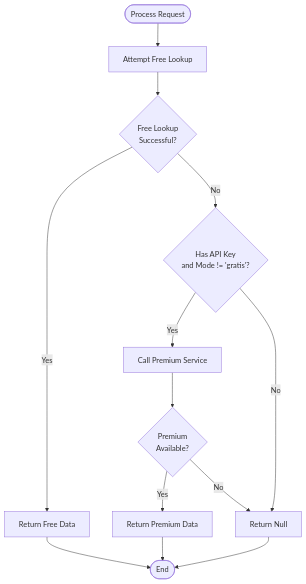
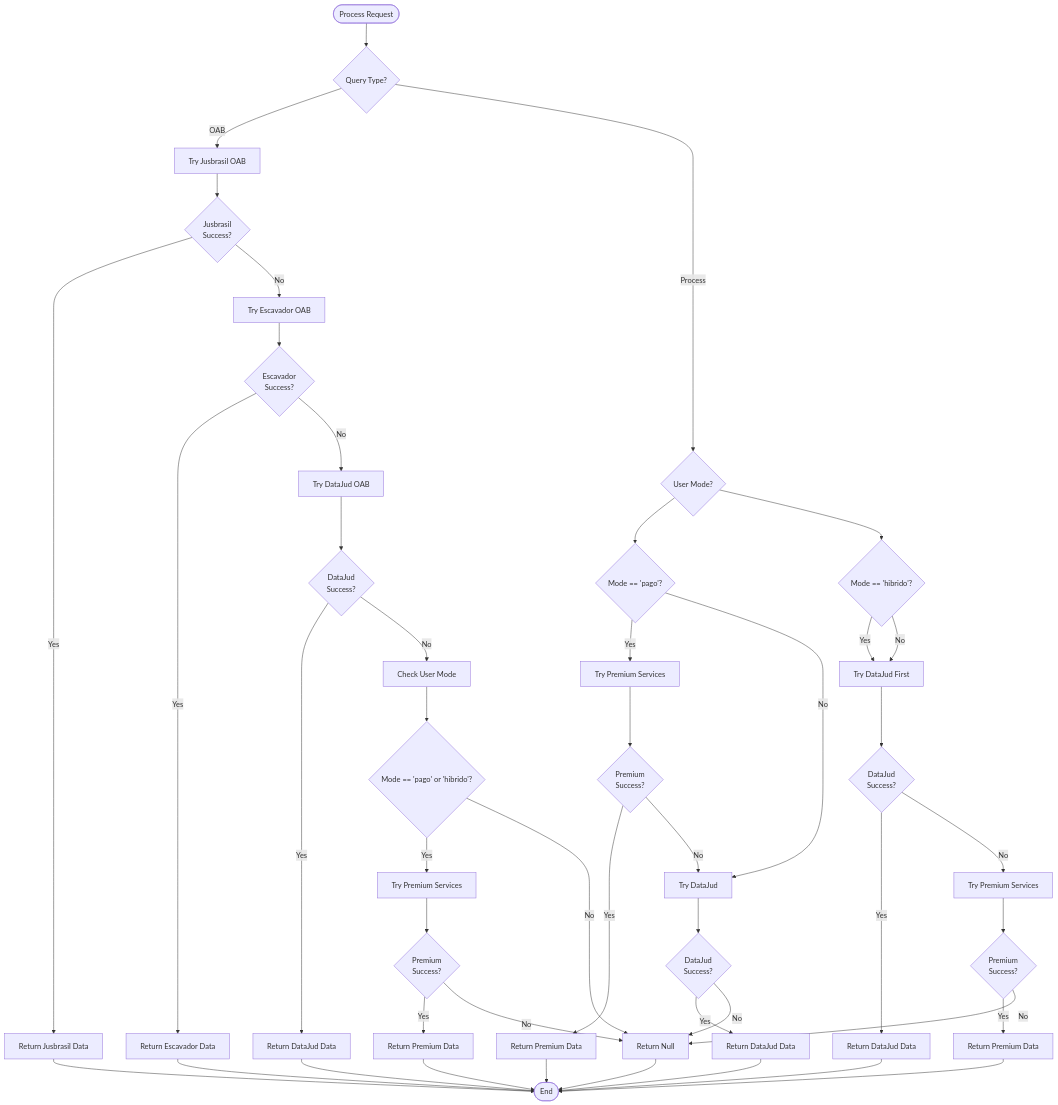
One commit to Alexandrexicara/bot-processos changed the fourth of 19 diagrams in .qoder/repowiki/en/content/API Integration Layer/Premium Paid Service Integration.md. Above: the diagram before and after it, drawn with Mermaid. The commit also changed other lines of this file and 10 other files, not shown here.

````diff
--- a/.qoder/repowiki/en/content/API Integration Layer/Premium Paid Service Integration.md
+++ b/.qoder/repowiki/en/content/API Integration Layer/Premium Paid Service Integration.md
@@ -192,15 +238,48 @@
 ```mermaid
 flowchart TD
-Start([Process Request]) --> CheckFree["Attempt Free Lookup"]
-CheckFree --> FreeSuccess{"Free Lookup<br/>Successful?"}
-FreeSuccess --> |Yes| ReturnFree["Return Free Data"]
-FreeSuccess --> |No| CheckPremium{"Has API Key<br/>and Mode != 'gratis'?"}
-CheckPremium --> |Yes| CallPremium["Call Premium Service"]
-CheckPremium --> |No| ReturnNull["Return Null"]
-CallPremium --> PremiumResult{"Premium<br/>Available?"}
-PremiumResult --> |Yes| ReturnPremium["Return Premium Data"]
-PremiumResult --> |No| ReturnNull
-ReturnFree --> End([End])
+Start([Process Request]) --> CheckType{"Query Type?"}
+CheckType --> |OAB| CheckJusbrasil["Try Jusbrasil OAB"]
+CheckJusbrasil --> JusbrasilSuccess{"Jusbrasil<br/>Success?"}
+JusbrasilSuccess --> |Yes| ReturnJusbrasil["Return Jusbrasil Data"]
+JusbrasilSuccess --> |No| CheckEscavador["Try Escavador OAB"]
+CheckEscavador --> EscavadorSuccess{"Escavador<br/>Success?"}
+EscavadorSuccess --> |Yes| ReturnEscavador["Return Escavador Data"]
+EscavadorSuccess --> |No| CheckDataJud["Try DataJud OAB"]
+CheckDataJud --> DataJudSuccess{"DataJud<br/>Success?"}
+DataJudSuccess --> |Yes| ReturnDataJud["Return DataJud Data"]
+DataJudSuccess --> |No| CheckMode["Check User Mode"]
+CheckMode --> ModePaid{"Mode == 'pago' or 'hibrido'?"}
+ModePaid --> |Yes| TryPremium["Try Premium Services"]
+TryPremium --> PremiumSuccess{"Premium<br/>Success?"}
+PremiumSuccess --> |Yes| ReturnPremium["Return Premium Data"]
+PremiumSuccess --> |No| ReturnNull["Return Null"]
+ModePaid --> |No| ReturnNull
+CheckType --> |Process| CheckMode2{"User Mode?"}
+CheckMode2 --> ModePago{"Mode == 'pago'?"}
+ModePago --> |Yes| TryPremium2["Try Premium Services"]
+TryPremium2 --> PremiumSuccess2{"Premium<br/>Success?"}
+PremiumSuccess2 --> |Yes| ReturnPremium2["Return Premium Data"]
+PremiumSuccess2 --> |No| CheckDataJud2["Try DataJud"]
+CheckDataJud2 --> DataJudSuccess2{"DataJud<br/>Success?"}
+DataJudSuccess2 --> |Yes| ReturnDataJud2["Return DataJud Data"]
+DataJudSuccess2 --> |No| ReturnNull
+ModePago --> |No| CheckDataJud2
+CheckMode2 --> ModeHibrido{"Mode == 'hibrido'?"}
+ModeHibrido --> |Yes| CheckDataJud3["Try DataJud First"]
+CheckDataJud3 --> DataJudSuccess3{"DataJud<br/>Success?"}
+DataJudSuccess3 --> |Yes| ReturnDataJud3["Return DataJud Data"]
+DataJudSuccess3 --> |No| TryPremium3["Try Premium Services"]
+TryPremium3 --> PremiumSuccess3{"Premium<br/>Success?"}
+PremiumSuccess3 --> |Yes| ReturnPremium3["Return Premium Data"]
+PremiumSuccess3 --> |No| ReturnNull
+ModeHibrido --> |No| CheckDataJud3
+ReturnJusbrasil --> End([End])
+ReturnEscavador --> End
+ReturnDataJud --> End
 ReturnPremium --> End
+ReturnDataJud2 --> End
+ReturnPremium2 --> End
+ReturnDataJud3 --> End
+ReturnPremium3 --> End
 ReturnNull --> End
 ```
````
